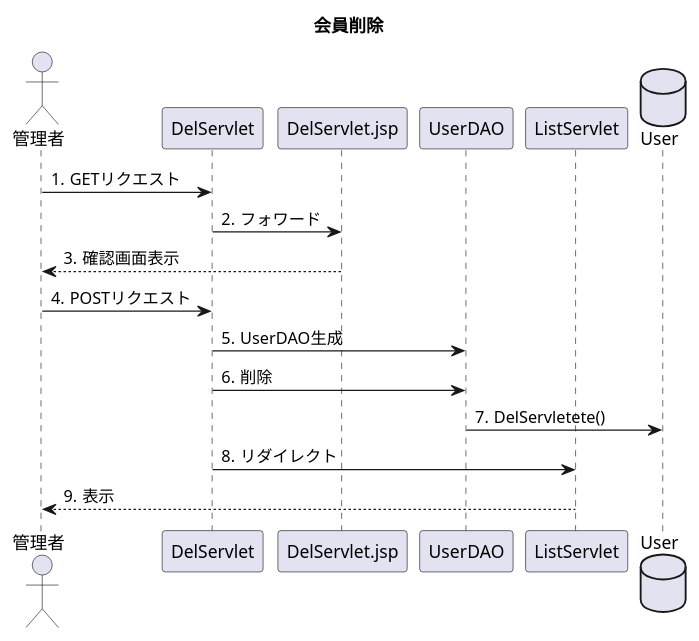
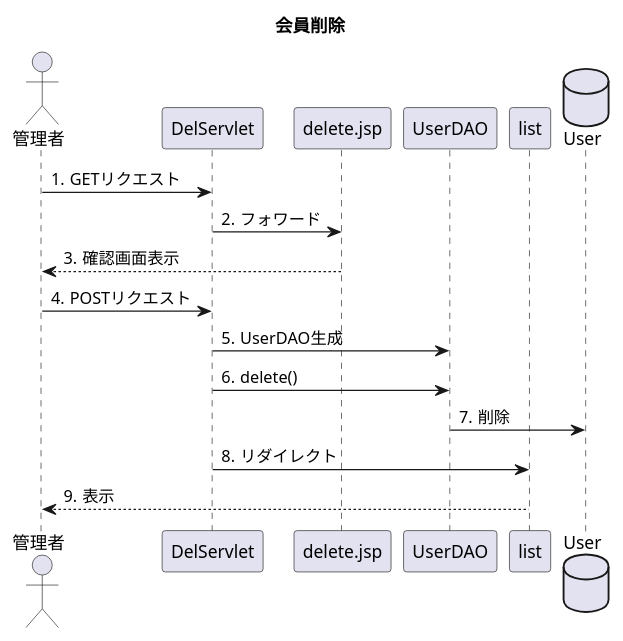
One commit to toufu66/ProjectC changed the diagram in uml_detail/seq_del.pu. Above: the diagram before and after it, drawn with PlantUML.

Commit message:
詳細シーケンス 削除画面

```diff
--- a/uml_detail/seq_del.pu
+++ b/uml_detail/seq_del.pu
@@ -1,19 +1,19 @@
 @startuml
 title 会員削除
 autonumber "#."
 actor 管理者
 database User
 
 
 管理者 ->DelServlet:GETリクエスト
-DelServlet -> DelServlet.jsp:フォワード
-DelServlet.jsp --> 管理者:確認画面表示
+DelServlet -> delete.jsp:フォワード
+delete.jsp --> 管理者:確認画面表示
 管理者 -> DelServlet:POSTリクエスト
 
 DelServlet -> UserDAO:UserDAO生成
-DelServlet -> UserDAO:削除
-UserDAO -> User:DelServletete()
-DelServlet-> ListServlet:リダイレクト
-ListServlet --> 管理者:表示
+DelServlet -> UserDAO:delete()
+UserDAO -> User:削除
+DelServlet-> list:リダイレクト
+list --> 管理者:表示
 database User
 @enduml
```
